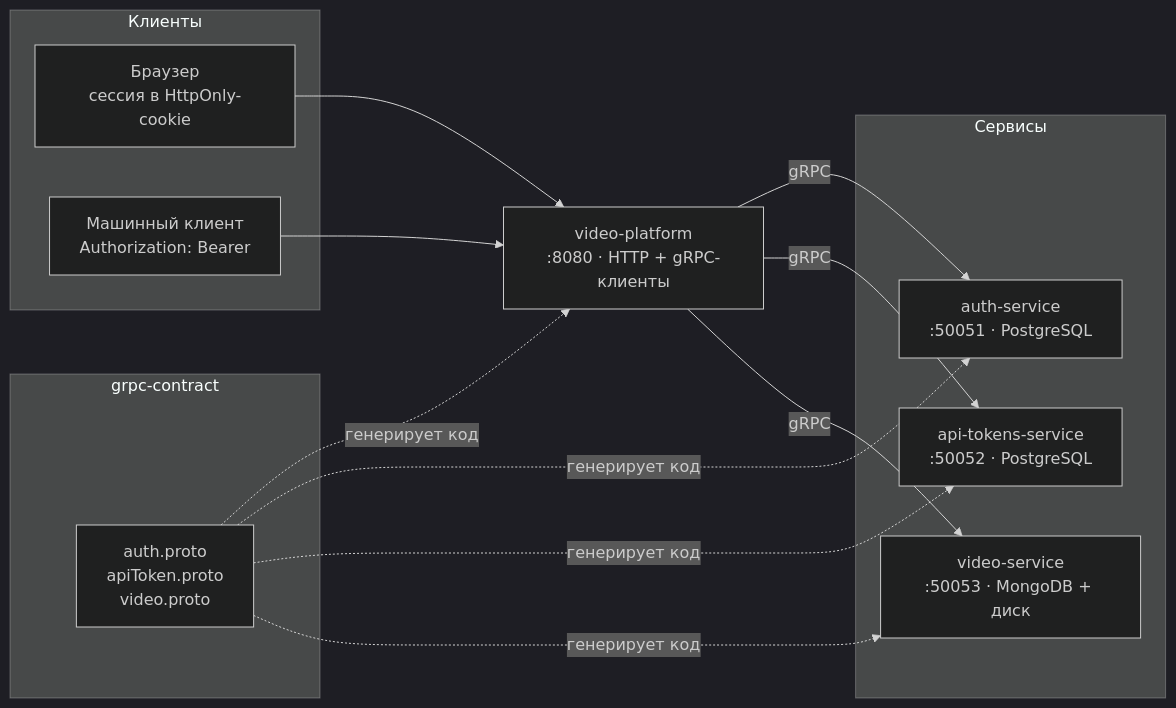
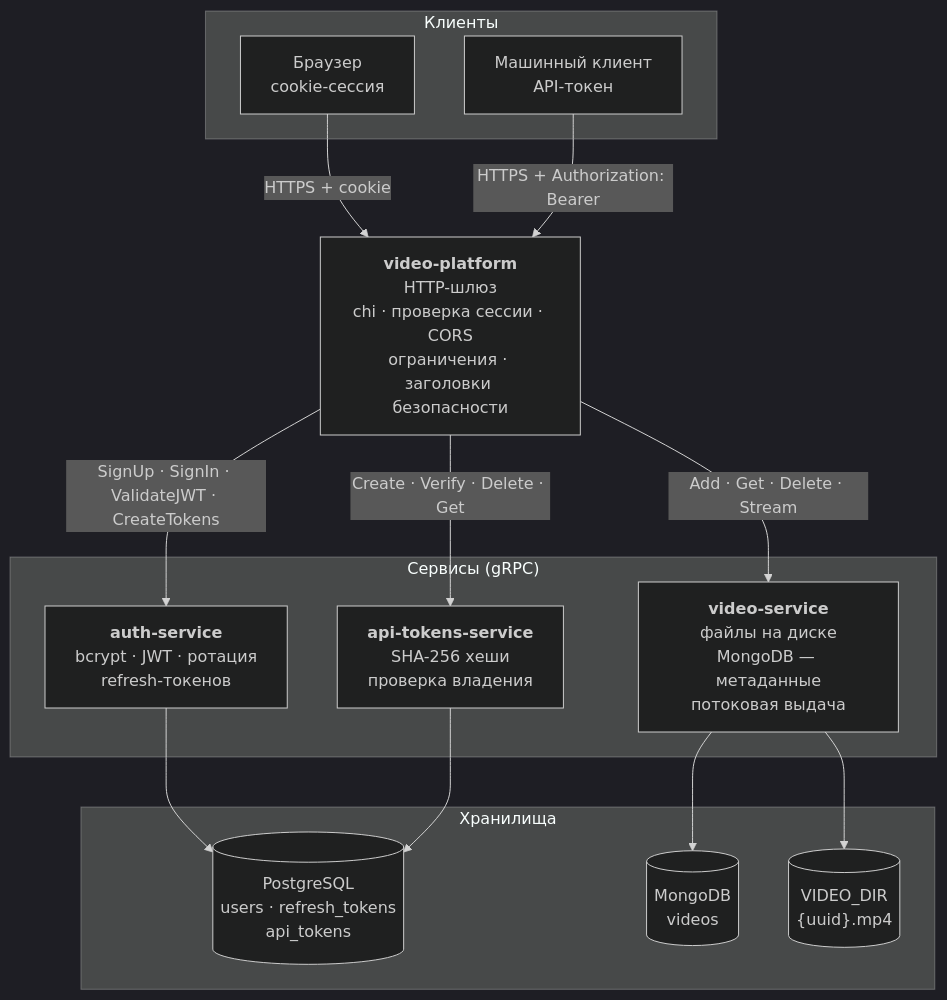
One commit to nikaydo/video-platform changed the first of 2 diagrams in README.md. Above: the diagram before and after it, drawn with Mermaid (dark theme). The commit also changed other lines of this file and 10 other files, not shown here.

````diff
--- a/README.md
+++ b/README.md
@@ -8,29 +17,32 @@
 ```mermaid
-flowchart LR
+flowchart TB
     subgraph clients["Клиенты"]
-        B["Браузер<br/>сессия в HttpOnly-cookie"]
-        M["Машинный клиент<br/>Authorization: Bearer"]
+        B["Браузер<br/>cookie-сессия"]
+        M["Машинный клиент<br/>API-токен"]
     end
 
-    GW["video-platform<br/>:8080 · HTTP + gRPC-клиенты"]
+    GW["<b>video-platform</b><br/>HTTP-шлюз<br/>chi · проверка сессии · CORS<br/>ограничения · заголовки безопасности"]
 
-    subgraph services["Сервисы"]
-        AS["auth-service<br/>:50051 · PostgreSQL"]
-        TS["api-tokens-service<br/>:50052 · PostgreSQL"]
-        VS["video-service<br/>:50053 · MongoDB + диск"]
+    subgraph services["Сервисы (gRPC)"]
+        AS["<b>auth-service</b><br/>bcrypt · JWT · ротация<br/>refresh-токенов"]
+        TS["<b>api-tokens-service</b><br/>SHA-256 хеши<br/>проверка владения"]
+        VS["<b>video-service</b><br/>файлы на диске<br/>MongoDB — метаданные<br/>потоковая выдача"]
     end
 
-    subgraph contract["grpc-contract"]
-        PB["auth.proto<br/>apiToken.proto<br/>video.proto"]
+    subgraph data["Хранилища"]
+        PG[("PostgreSQL<br/>users · refresh_tokens<br/>api_tokens")]
+        MONO[("MongoDB<br/>videos")]
+        DISK[("VIDEO_DIR<br/>{uuid}.mp4")]
     end
 
-    B --> GW
-    M --> GW
-    GW -->|"gRPC"| AS
-    GW -->|"gRPC"| TS
-    GW -->|"gRPC"| VS
-    PB -.->|"генерирует код"| GW
-    PB -.->|"генерирует код"| AS
-    PB -.->|"генерирует код"| TS
-    PB -.->|"генерирует код"| VS
+    B -->|"HTTPS + cookie"| GW
+    M -->|"HTTPS + Authorization: Bearer"| GW
+    GW -->|"SignUp · SignIn · ValidateJWT · CreateTokens"| AS
+    GW -->|"Create · Verify · Delete · Get"| TS
+    GW -->|"Add · Get · Delete · Stream"| VS
+
+    AS --> PG
+    TS --> PG
+    VS --> MONO
+    VS --> DISK
 ```
````
